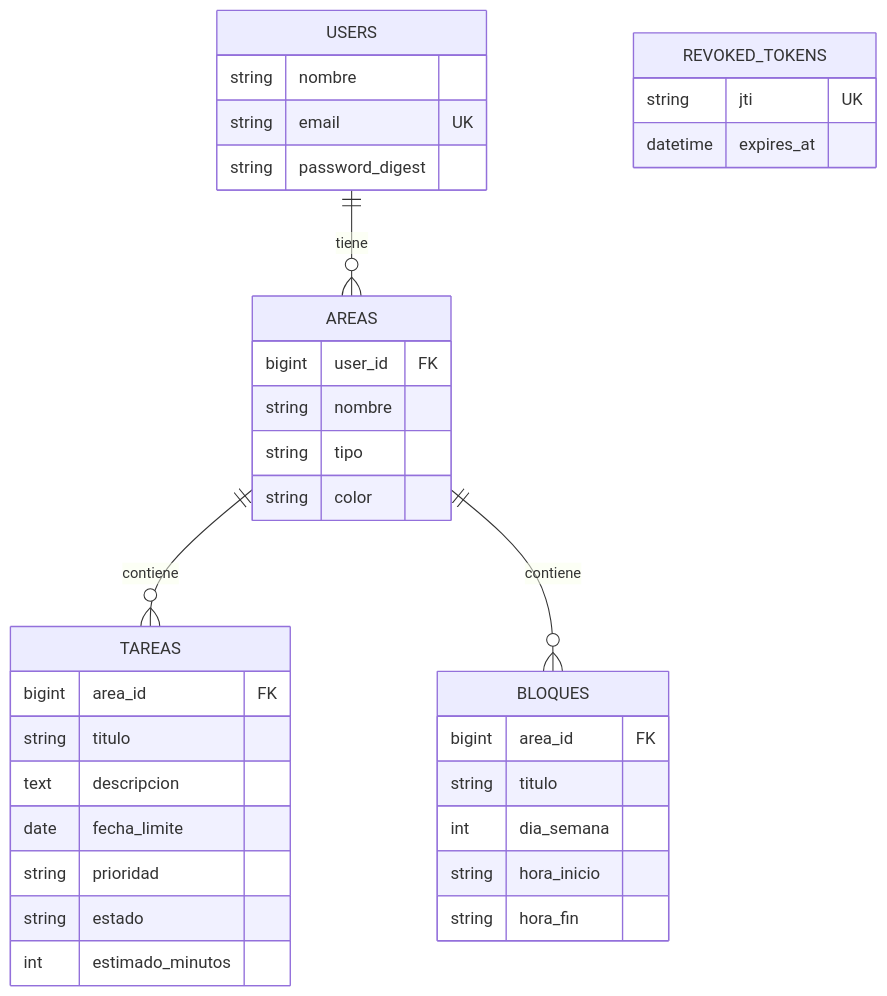
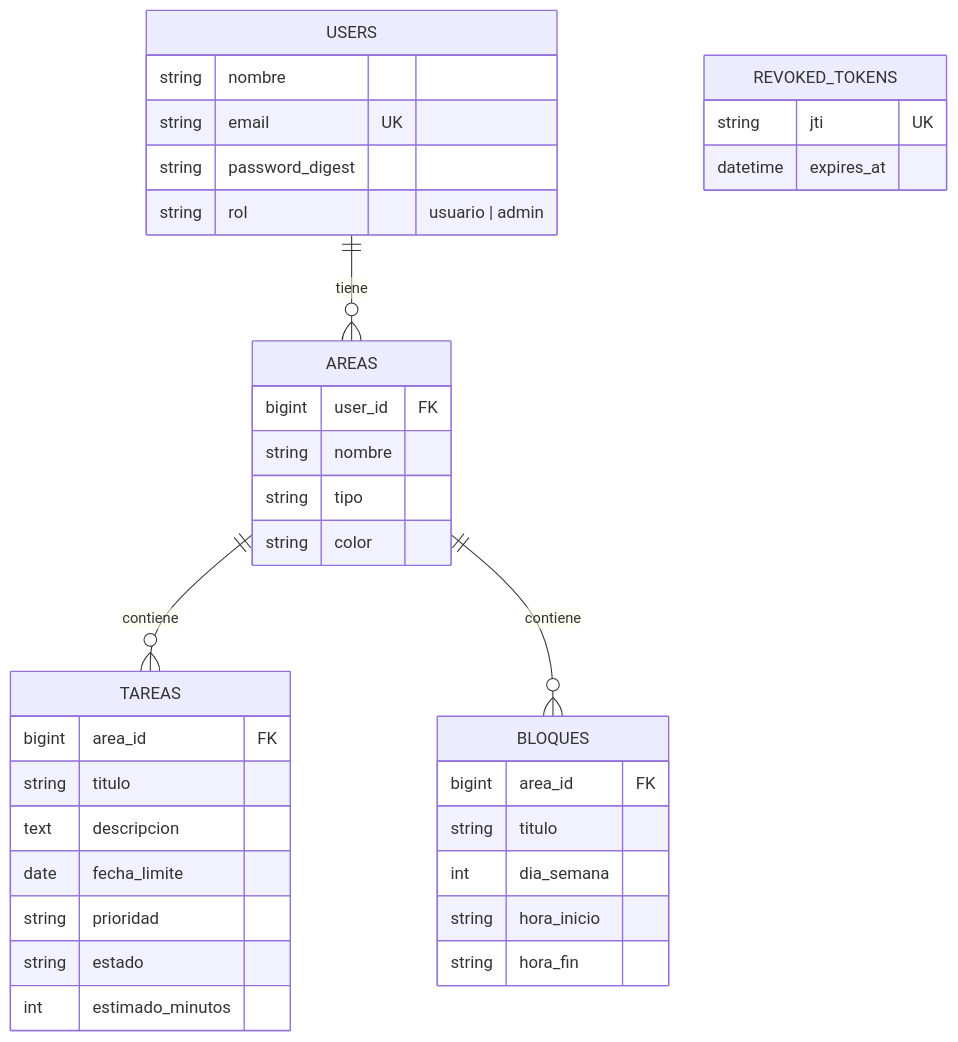
One commit to Bryan4631/foco-api changed the second of 2 diagrams in README.md. Above: the diagram before and after it, drawn with Mermaid. The commit also changed other lines of this file, not shown here.

````diff
--- a/README.md
+++ b/README.md
@@ -70,37 +102,38 @@
 ```mermaid
 erDiagram
     USERS ||--o{ AREAS : tiene
     AREAS ||--o{ TAREAS : contiene
     AREAS ||--o{ BLOQUES : contiene
     USERS {
         string nombre
         string email UK
         string password_digest
+        string rol "usuario | admin"
     }
     AREAS {
         bigint user_id FK
         string nombre
         string tipo
         string color
     }
     TAREAS {
         bigint area_id FK
         string titulo
         text descripcion
         date fecha_limite
         string prioridad
         string estado
         int estimado_minutos
     }
     BLOQUES {
         bigint area_id FK
         string titulo
         int dia_semana
         string hora_inicio
         string hora_fin
     }
     REVOKED_TOKENS {
         string jti UK
         datetime expires_at
     }
 ```
````
